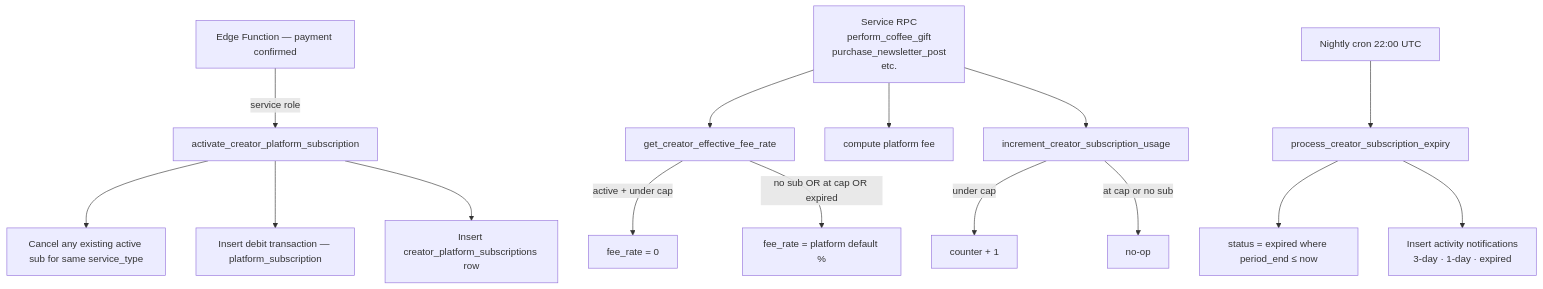
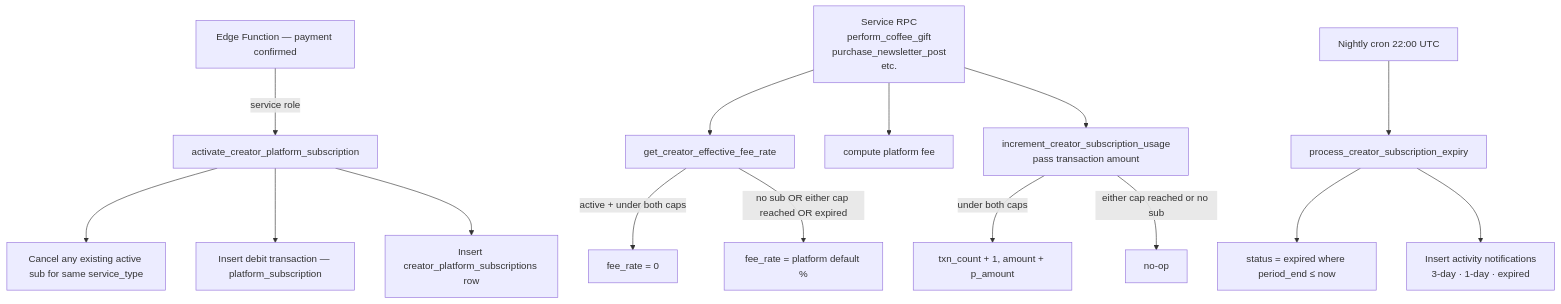
Before and after one commit to hobenakicoffee/libraries: the diagram in docs/platform-subscriptions/backend/index.md, drawn with Mermaid. The commit also changed other lines of this file and 3 other files, not shown here.

Commit message:
feat: add amount caps alongside transactions on creators subscriptions

````diff
--- a/docs/platform-subscriptions/backend/index.md
+++ b/docs/platform-subscriptions/backend/index.md
@@ -16,19 +16,19 @@
 ```mermaid
 flowchart TD
     A[Edge Function — payment confirmed] -->|service role| B[activate_creator_platform_subscription]
     B --> C[Cancel any existing active sub for same service_type]
     B --> D[Insert debit transaction — platform_subscription]
     B --> E[Insert creator_platform_subscriptions row]
 
     F[Service RPC\nperform_coffee_gift\npurchase_newsletter_post\netc.] --> G[get_creator_effective_fee_rate]
-    G -->|active + under cap| H[fee_rate = 0]
-    G -->|no sub OR at cap OR expired| I[fee_rate = platform default %]
+    G -->|active + under both caps| H[fee_rate = 0]
+    G -->|no sub OR either cap reached OR expired| I[fee_rate = platform default %]
     F --> J[compute platform fee]
-    F --> K[increment_creator_subscription_usage]
-    K -->|under cap| L[counter + 1]
-    K -->|at cap or no sub| M[no-op]
+    F --> K[increment_creator_subscription_usage\npass transaction amount]
+    K -->|under both caps| L[txn_count + 1, amount + p_amount]
+    K -->|either cap reached or no sub| M[no-op]
 
     N[Nightly cron 22:00 UTC] --> O[process_creator_subscription_expiry]
     O --> P[status = expired where period_end ≤ now]
     O --> Q[Insert activity notifications\n3-day · 1-day · expired]
 ```
````
